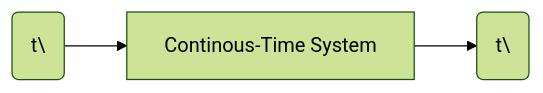
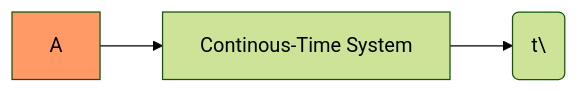
Before and after one commit to setrar/dsp: the diagram in signal-processing/kutz/README.md, drawn with Mermaid (forest theme). The commit also changed other lines of this file, not shown here.

````diff
--- a/signal-processing/kutz/README.md
+++ b/signal-processing/kutz/README.md
@@ -50,7 +50,7 @@
 ```mermaid
 %%{init: {"flowchart": {"htmlLabels": false}} }%%
 flowchart LR
-    x\(t\)-->B[Continous-Time System]
+    A:::someclass -->B[Continous-Time System]
     B-->y\(t\)
-
+    classDef someclass fill:#f96
 ```
````
